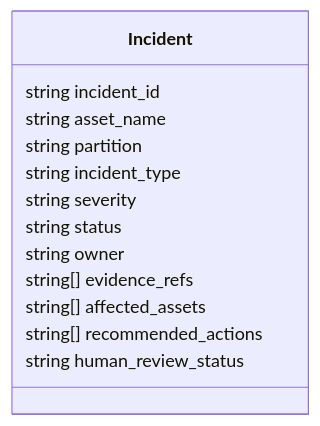
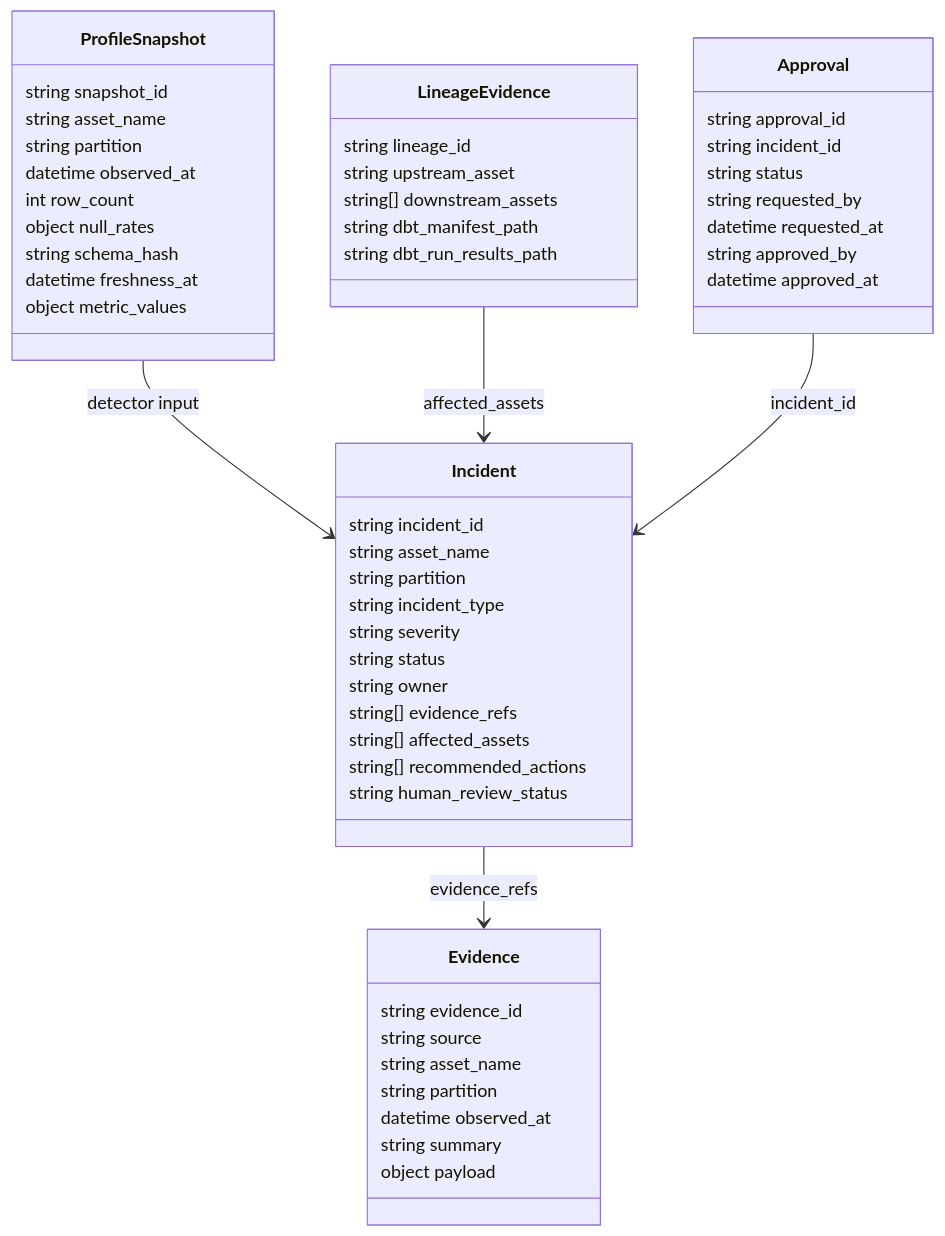
Before and after one commit to mols3131d/hmda-data-reliability: the third of 3 diagrams in docs/architecture.md, drawn with Mermaid. The commit also changed other lines of this file and 30 other files, not shown here.

````diff
--- a/docs/architecture.md
+++ b/docs/architecture.md
@@ -82,16 +85,61 @@
 ```mermaid
 classDiagram
     class Incident {
         string incident_id
         string asset_name
         string partition
         string incident_type
         string severity
         string status
         string owner
         string[] evidence_refs
         string[] affected_assets
         string[] recommended_actions
         string human_review_status
     }
+
+    class Evidence {
+        string evidence_id
+        string source
+        string asset_name
+        string partition
+        datetime observed_at
+        string summary
+        object payload
+    }
+
+    class ProfileSnapshot {
+        string snapshot_id
+        string asset_name
+        string partition
+        datetime observed_at
+        int row_count
+        object null_rates
+        string schema_hash
+        datetime freshness_at
+        object metric_values
+    }
+
+    class LineageEvidence {
+        string lineage_id
+        string upstream_asset
+        string[] downstream_assets
+        string dbt_manifest_path
+        string dbt_run_results_path
+    }
+
+    class Approval {
+        string approval_id
+        string incident_id
+        string status
+        string requested_by
+        datetime requested_at
+        string approved_by
+        datetime approved_at
+    }
+
+    Incident --> Evidence : evidence_refs
+    ProfileSnapshot --> Incident : detector input
+    LineageEvidence --> Incident : affected_assets
+    Approval --> Incident : incident_id
 ```
````
